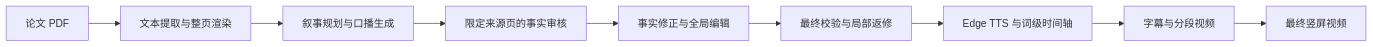
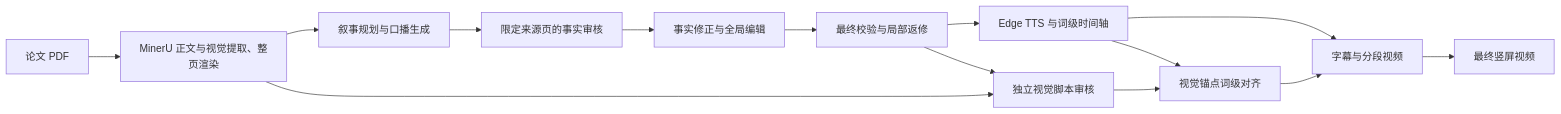
One commit to QXP1997/paper-video-agent changed the diagram in README.md. Above: the diagram before and after it, drawn with Mermaid. The commit also changed other lines of this file, not shown here.

````diff
--- a/README.md
+++ b/README.md
@@ -60,11 +62,16 @@
 ```mermaid
 flowchart LR
-    A[论文 PDF] --> B[文本提取与整页渲染]
+    A[论文 PDF] --> B[MinerU 正文与视觉提取、整页渲染]
     B --> C[叙事规划与口播生成]
     C --> D[限定来源页的事实审核]
     D --> E[事实修正与全局编辑]
     E --> H[最终校验与局部返修]
     H --> I[Edge TTS 与词级时间轴]
+    H --> J[独立视觉脚本审核]
+    B --> J
+    I --> K[视觉锚点词级对齐]
+    J --> K
     I --> F[字幕与分段视频]
+    K --> F
     F --> G[最终竖屏视频]
 ```
````
